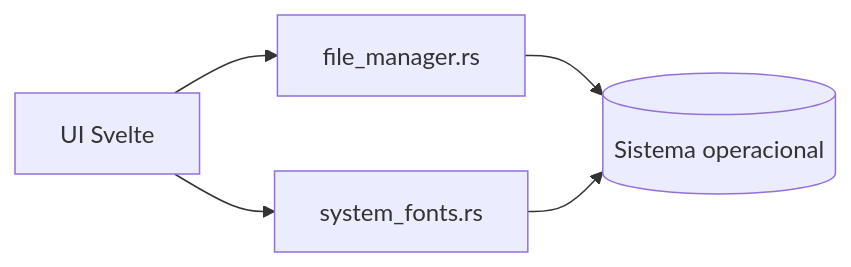
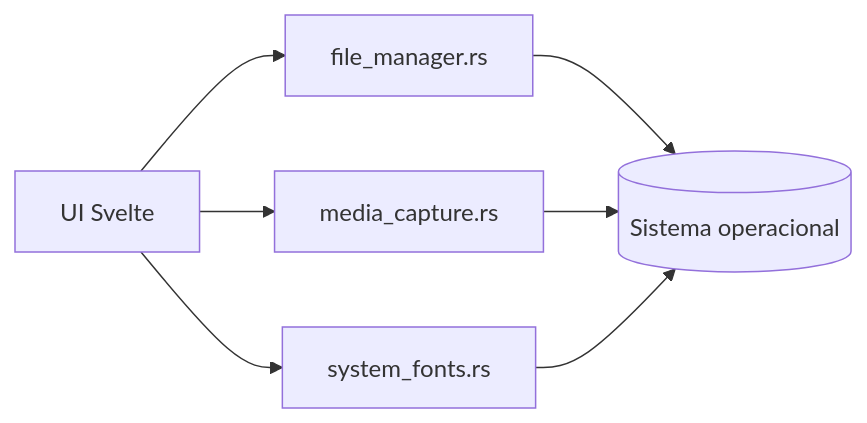
Before and after one commit to migmoroni/veterinary-clinic: the diagram in packages/engine/src/platform/README.md, drawn with Mermaid. The commit also changed other lines of this file and 6 other files, not shown here.

Commit message:
refactor: media_capture

````diff
--- a/packages/engine/src/platform/README.md
+++ b/packages/engine/src/platform/README.md
@@ -11,10 +11,12 @@
 ```mermaid
 flowchart LR
     UI[UI Svelte]
     FILE_MANAGER[file_manager.rs]
+    MEDIA_CAPTURE[media_capture.rs]
     SYSTEM_FONTS[system_fonts.rs]
     OS[(Sistema operacional)]
 
     UI --> FILE_MANAGER --> OS
+    UI --> MEDIA_CAPTURE --> OS
     UI --> SYSTEM_FONTS --> OS
 ```
````
